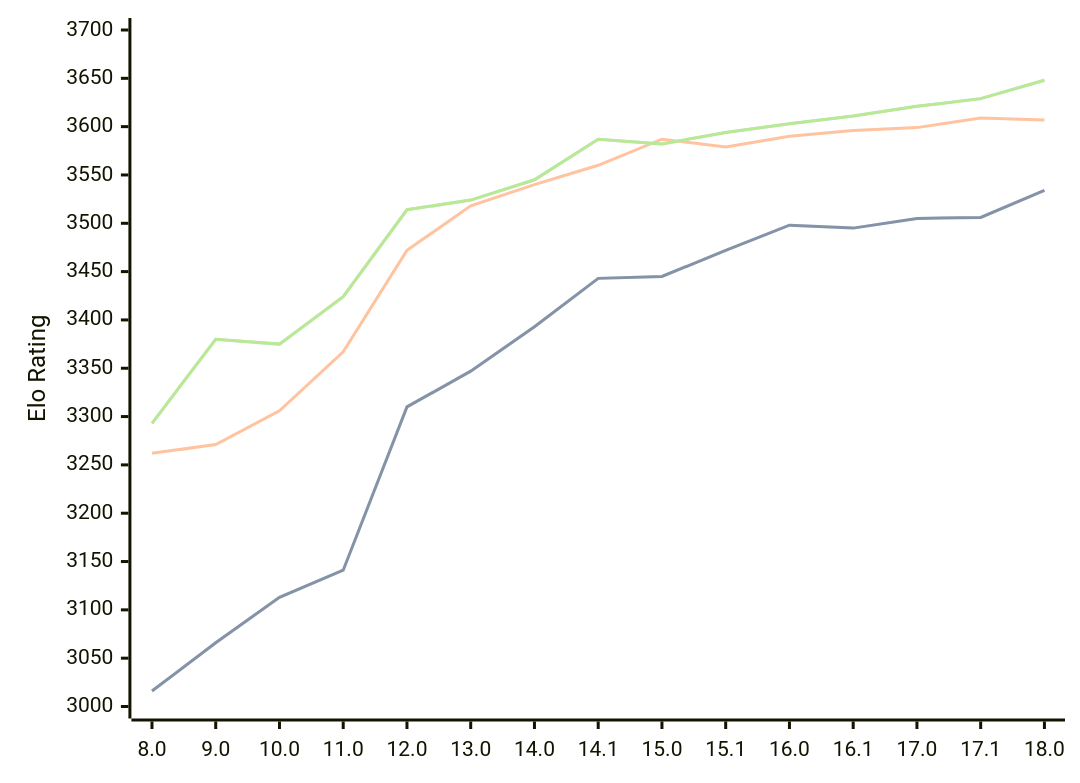
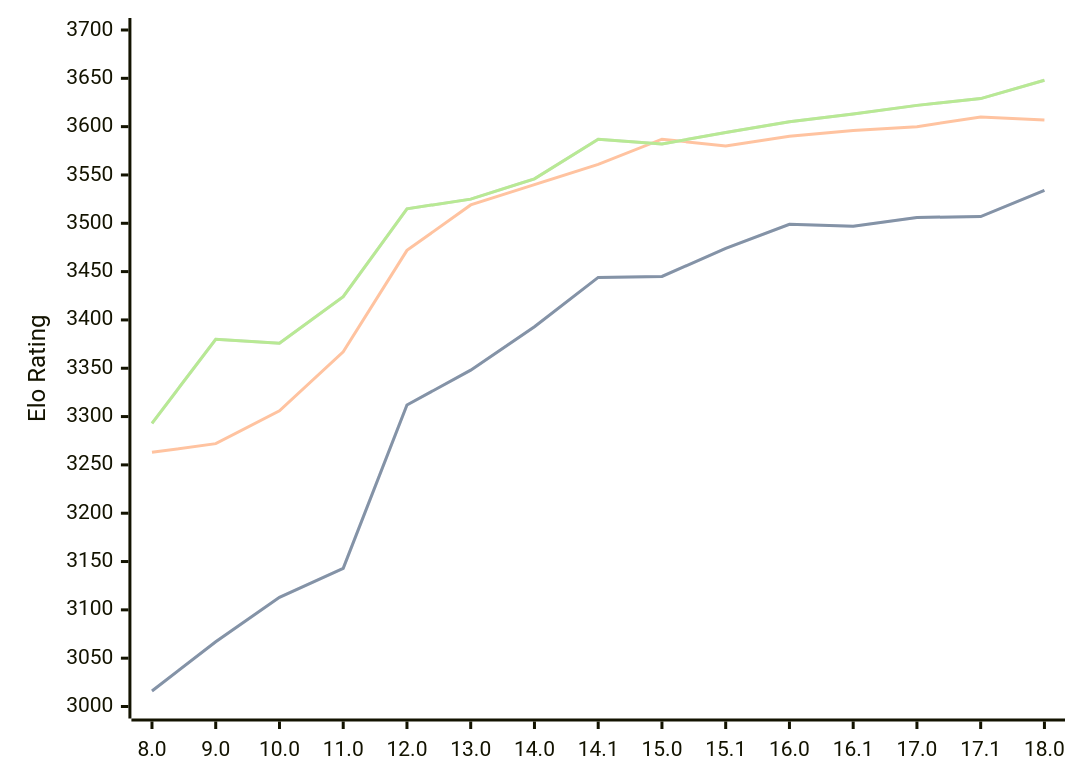
The diagram in engines/Stockfish.md (computer-chess-index/cci), drawn with Mermaid before and after one commit. The commit also changed other lines of this file, not shown here.

Commit message:
Update CCI Ratings (ELO VLTC) - 2026-04-05

````diff
--- a/engines/Stockfish.md
+++ b/engines/Stockfish.md
@@ -46,11 +46,11 @@
 ```mermaid
 %%{init: {"theme":"base","themeVariables":{"seriesColors:['#a3a3a3','#222221','#faa371']}}}%%
 xychart-beta
   x-axis ["8.0", "9.0", "10.0", "11.0", "12.0", "13.0", "14.0", "14.1", "15.0", "15.1", "16.0", "16.1", "17.0", "17.1", "18.0"]
   y-axis "Elo Rating" 3000 --> 3700
-  line "STC (8.0+0.08s)" [3016, 3066, 3113, 3141, 3310, 3347, 3393, 3443, 3445, 3472, 3498, 3495, 3505, 3506, 3534]
-  line "STC (8.0+0.08s)" [3016, 3066, 3113, 3141, 3310, 3347, 3393, 3443, 3445, 3472, 3498, 3495, 3505, 3506, 3534]
-  line "LTC (60.0+0.60s)" [3262, 3271, 3306, 3367, 3472, 3518, 3540, 3560, 3587, 3579, 3590, 3596, 3599, 3609, 3607]
-  line "VLTC (2m24s+1.12s)" [3293, 3380, 3375, 3424, 3514, 3524, 3545, 3587, 3582, 3594, 3603, 3611, 3621, 3629, 3648]
-  line "VLTC (2m24s+1.12s)" [3293, 3380, 3375, 3424, 3514, 3524, 3545, 3587, 3582, 3594, 3603, 3611, 3621, 3629, 3648]
+  line "STC (8.0+0.08s)" [3016, 3067, 3113, 3143, 3312, 3348, 3393, 3444, 3445, 3474, 3499, 3497, 3506, 3507, 3534]
+  line "STC (8.0+0.08s)" [3016, 3067, 3113, 3143, 3312, 3348, 3393, 3444, 3445, 3474, 3499, 3497, 3506, 3507, 3534]
+  line "LTC (60.0+0.60s)" [3263, 3272, 3306, 3367, 3472, 3519, 3540, 3561, 3587, 3580, 3590, 3596, 3600, 3610, 3607]
+  line "VLTC (2m24s+1.12s)" [3293, 3380, 3376, 3424, 3515, 3525, 3546, 3587, 3582, 3594, 3605, 3613, 3622, 3629, 3648]
+  line "VLTC (2m24s+1.12s)" [3293, 3380, 3376, 3424, 3515, 3525, 3546, 3587, 3582, 3594, 3605, 3613, 3622, 3629, 3648]
 ```
````
